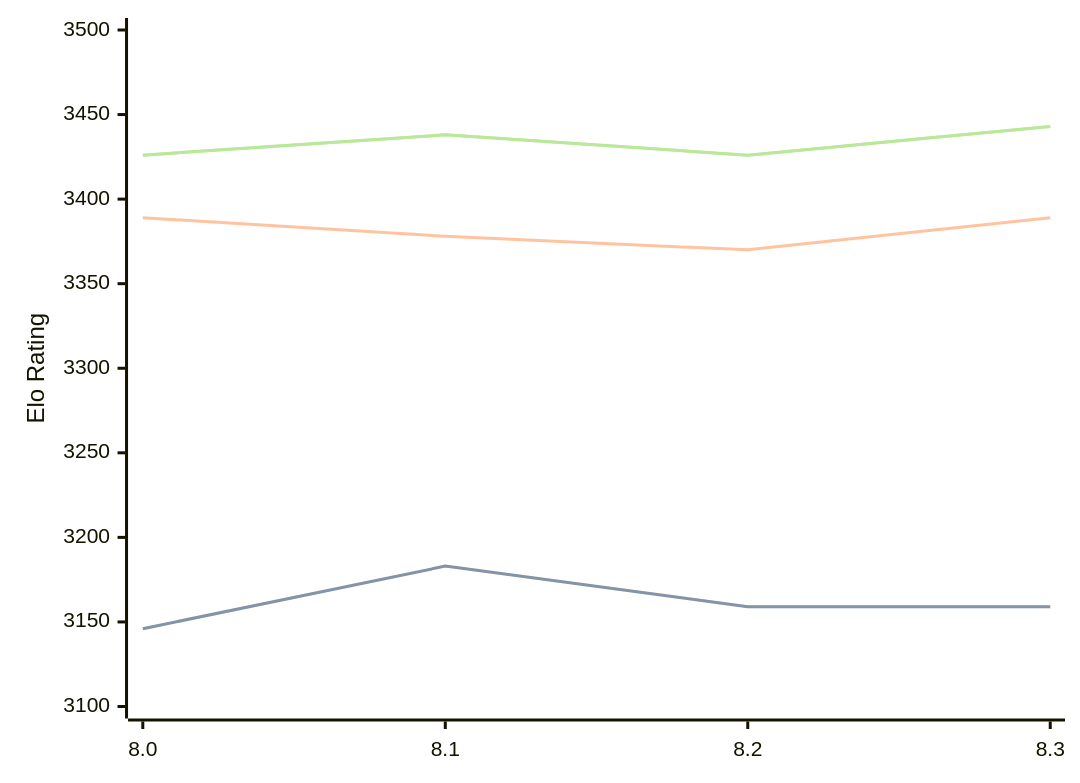
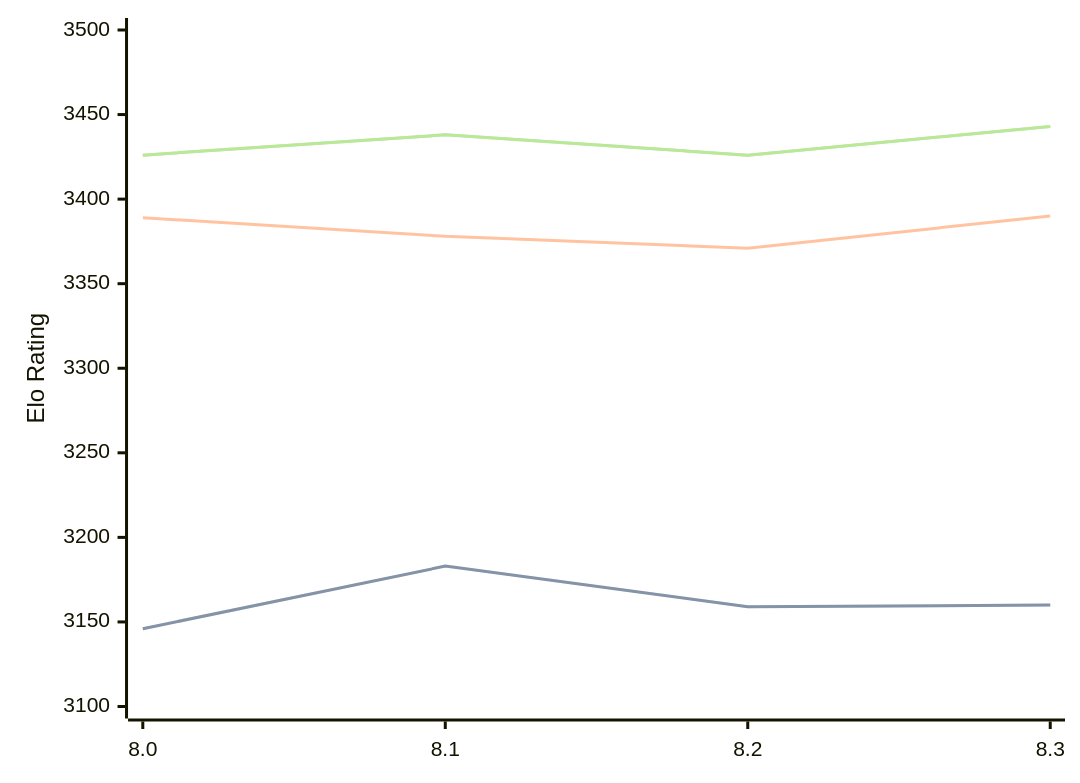
One commit to computer-chess-index/cci changed the diagram in engines/Alexander.md. Above: the diagram before and after it, drawn with Mermaid. The commit also changed other lines of this file, not shown here.

````diff
--- a/engines/Alexander.md
+++ b/engines/Alexander.md
@@ -34,11 +34,11 @@
 ```mermaid
 %%{init: {"theme":"base","themeVariables":{"seriesColors:['#a3a3a3','#222221','#faa371']}}}%%
 xychart-beta
   x-axis ["8.0", "8.1", "8.2", "8.3"]
   y-axis "Elo Rating" 3100 --> 3500
-  line "" [3146, 3183, 3159, 3159]
-  line "STC (8.0+0.08s)" [3146, 3183, 3159, 3159]
-  line "LTC (60.0+0.60s)" [3389, 3378, 3370, 3389]
+  line "" [3146, 3183, 3159, 3160]
+  line "STC (8.0+0.08s)" [3146, 3183, 3159, 3160]
+  line "LTC (60.0+0.60s)" [3389, 3378, 3371, 3390]
   line "" [3426, 3438, 3426, 3443]
   line "VLTC (2m24s+1.12s)" [3426, 3438, 3426, 3443]
 ```
````
